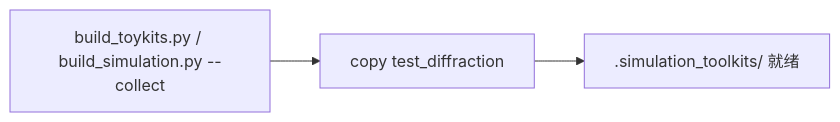
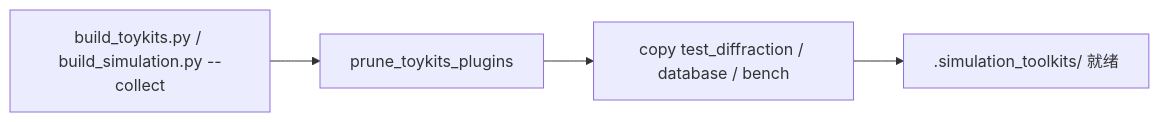
Before and after one commit to likooooo/simulation_toykits: the fourth of 4 diagrams in scripts/simulation_toykits_deploy.md, drawn with Mermaid. The commit also changed other lines of this file and 17 other files, not shown here.

````diff
--- a/scripts/simulation_toykits_deploy.md
+++ b/scripts/simulation_toykits_deploy.md
@@ -165,7 +169,8 @@
 ```mermaid
 flowchart LR
   build["build_toykits.py / build_simulation.py --collect"]
-  diff["copy test_diffraction"]
+  prune["prune_toykits_plugins"]
+  diff["copy test_diffraction / database / bench"]
   runtime[".simulation_toolkits/ 就绪"]
-  build --> diff --> runtime
+  build --> prune --> diff --> runtime
 ```
````
